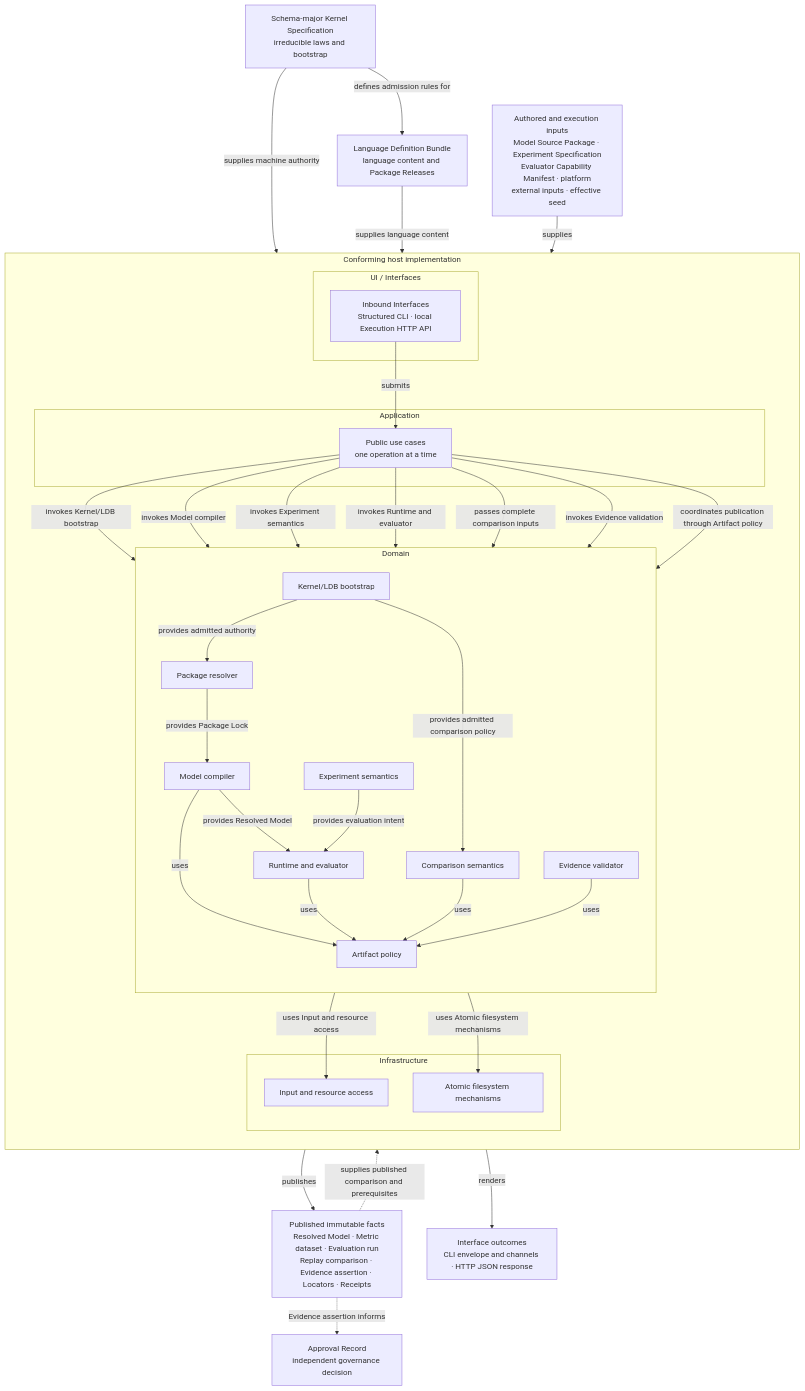
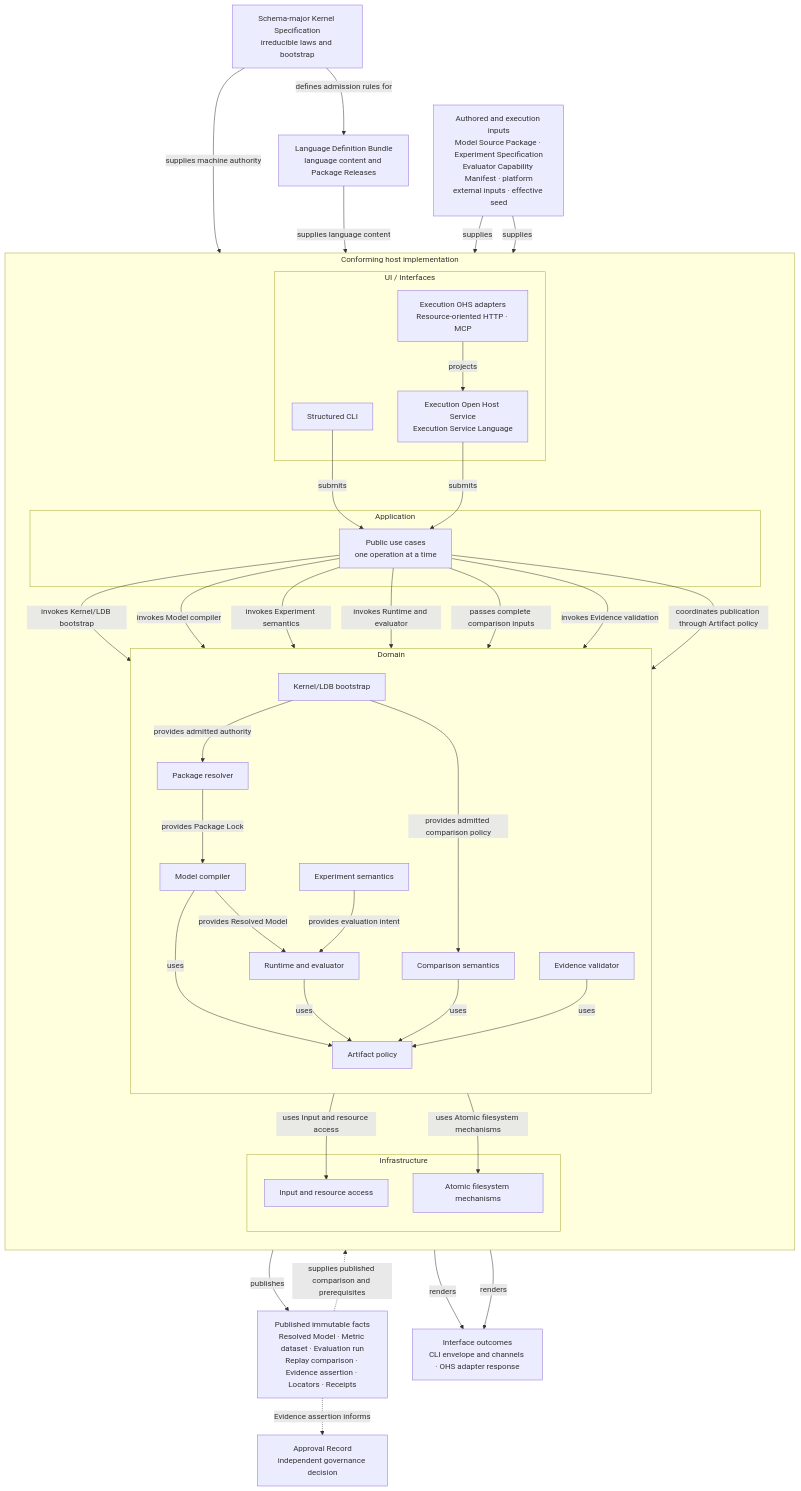
One commit to aigengame/godot-agent changed the first of 4 diagrams in libs/gda-balancing/docs/ARCHITECTURE.md. Above: the diagram before and after it, drawn with Mermaid. The commit also changed other lines of this file and 3 other files, not shown here.

Commit message:
docs(balancing): design execution open host service

````diff
--- a/libs/gda-balancing/docs/ARCHITECTURE.md
+++ b/libs/gda-balancing/docs/ARCHITECTURE.md
@@ -152,66 +152,73 @@
 ```mermaid
 flowchart TB
     K["Schema-major Kernel Specification<br/>irreducible laws and bootstrap"]
     L["Language Definition Bundle<br/>language content and Package Releases"]
     H["Authored and execution inputs<br/>Model Source Package · Experiment Specification<br/>Evaluator Capability Manifest · platform<br/>external inputs · effective seed"]
 
     K -->|"defines admission rules for"| L
 
     subgraph HOST["Conforming host implementation"]
         direction TB
         subgraph UI["UI / Interfaces"]
-            U["Inbound Interfaces<br/>Structured CLI · local Execution HTTP API"]
+            U["Structured CLI"]
+            T["Execution OHS adapters<br/>Resource-oriented HTTP · MCP"]
+            E["Execution Open Host Service<br/>Execution Service Language"]
+
+            T -->|"projects"| E
         end
         subgraph APP["Application"]
             A["Public use cases<br/>one operation at a time"]
         end
         subgraph DOM["Domain"]
             direction TB
             B["Kernel/LDB bootstrap"]
             P["Package resolver"]
             C["Model compiler"]
             X["Experiment semantics"]
             R["Runtime and evaluator"]
             M["Comparison semantics"]
             V["Evidence validator"]
             Q["Artifact policy"]
 
             B -->|"provides admitted authority"| P
             B -->|"provides admitted comparison policy"| M
             P -->|"provides Package Lock"| C
             C -->|"provides Resolved Model"| R
             X -->|"provides evaluation intent"| R
             C -->|uses| Q
             R -->|uses| Q
             M -->|uses| Q
             V -->|uses| Q
         end
         subgraph INF["Infrastructure"]
             I["Input and resource access"]
             F["Atomic filesystem mechanisms"]
         end
 
         U -->|submits| A
+        E -->|submits| A
         A -->|"invokes Kernel/LDB bootstrap"| B
         A -->|"invokes Model compiler"| C
         A -->|"invokes Experiment semantics"| X
         A -->|"invokes Runtime and evaluator"| R
         A -->|"passes complete comparison inputs"| M
         A -->|"invokes Evidence validation"| V
         A -->|"coordinates publication through Artifact policy"| Q
         B -->|"uses Input and resource access"| I
         Q -->|"uses Atomic filesystem mechanisms"| F
     end
 
     O["Published immutable facts<br/>Resolved Model · Metric dataset · Evaluation run<br/>Replay comparison · Evidence assertion · Locators · Receipts"]
-    S["Interface outcomes<br/>CLI envelope and channels · HTTP JSON response"]
+    S["Interface outcomes<br/>CLI envelope and channels · OHS adapter response"]
     G["Approval Record<br/>independent governance decision"]
 
     K -->|"supplies machine authority"| B
     L -->|"supplies language content"| B
     H -->|supplies| U
+    H -->|supplies| T
     Q -->|publishes| O
     O -. "supplies published comparison and prerequisites" .-> V
     U -->|renders| S
+    T -->|renders| S
     O -. "Evidence assertion informs" .-> G
 ```
````
